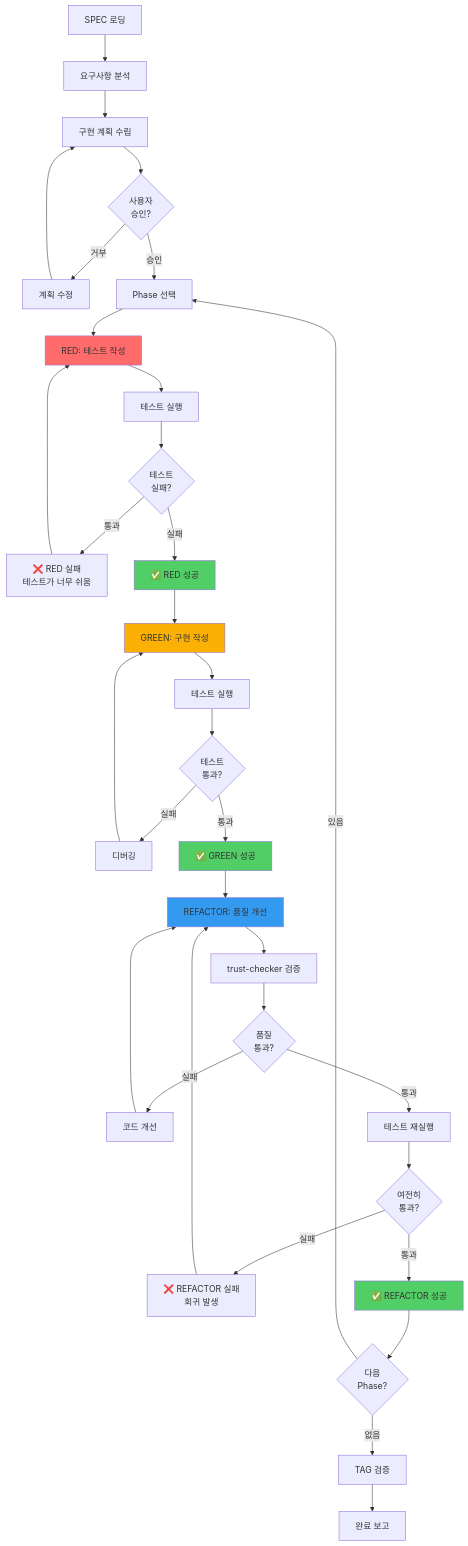
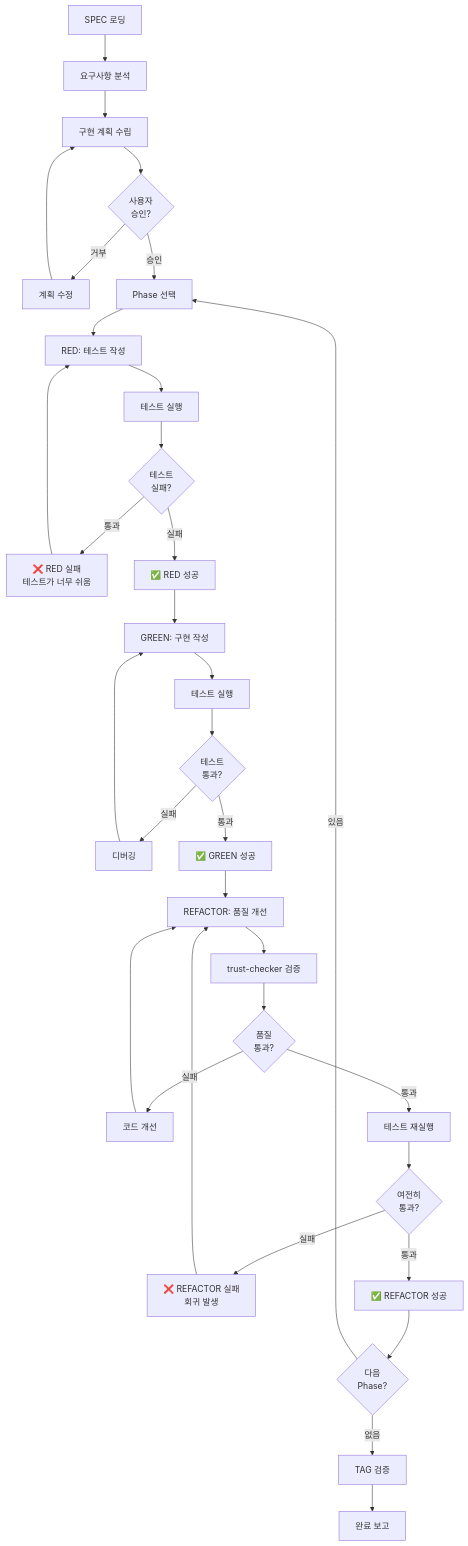
Before and after one commit to modu-ai/moai-adk: the seventh of 7 diagrams in docs/claude/agents/code-builder.md, drawn with Mermaid. The commit also changed other lines of this file and 299 other files, not shown here.

First line of the commit message:
🎨 feat: Mermaid 다크/라이트 테마 대응 + trust-checker 통합

````diff
--- a/docs/claude/agents/code-builder.md
+++ b/docs/claude/agents/code-builder.md
@@ -983,57 +977,51 @@
 ```mermaid
 flowchart TD
     A[SPEC 로딩] --> B[요구사항 분석]
     B --> C[구현 계획 수립]
     C --> D{사용자<br/>승인?}
 
     D -->|거부| E[계획 수정]
     E --> C
 
     D -->|승인| F[Phase 선택]
 
     F --> G[RED: 테스트 작성]
     G --> H[테스트 실행]
     H --> I{테스트<br/>실패?}
 
     I -->|통과| J[❌ RED 실패<br/>테스트가 너무 쉬움]
     J --> G
 
     I -->|실패| K[✅ RED 성공]
     K --> L[GREEN: 구현 작성]
 
     L --> M[테스트 실행]
     M --> N{테스트<br/>통과?}
 
     N -->|실패| O[디버깅]
     O --> L
 
     N -->|통과| P[✅ GREEN 성공]
     P --> Q[REFACTOR: 품질 개선]
 
     Q --> R[trust-checker 검증]
     R --> S{품질<br/>통과?}
 
     S -->|실패| T[코드 개선]
     T --> Q
 
     S -->|통과| U[테스트 재실행]
     U --> V{여전히<br/>통과?}
 
     V -->|실패| W[❌ REFACTOR 실패<br/>회귀 발생]
     W --> Q
 
     V -->|통과| X[✅ REFACTOR 성공]
     X --> Y{다음<br/>Phase?}
 
     Y -->|있음| F
     Y -->|없음| Z[TAG 검증]
 
     Z --> AA[완료 보고]
 
-    style G fill:#ff6b6b
-    style K fill:#51cf66
-    style L fill:#fab005
-    style P fill:#51cf66
-    style Q fill:#339af0
-    style X fill:#51cf66
 ```
````
